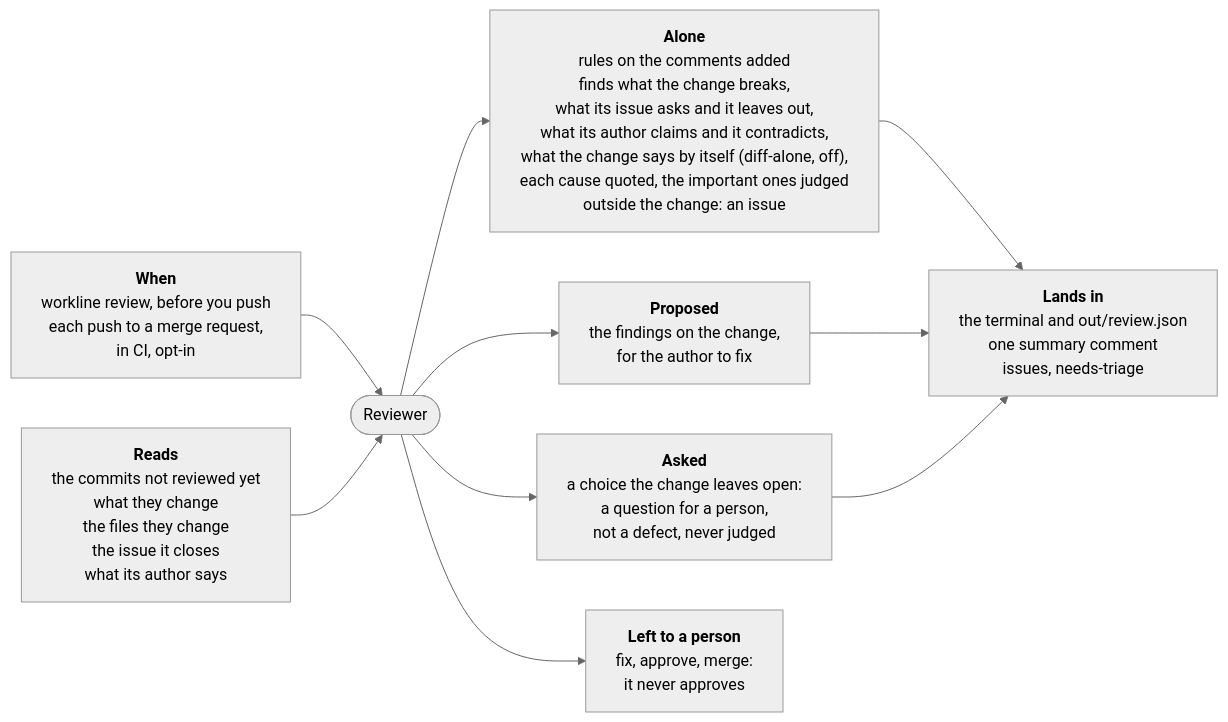
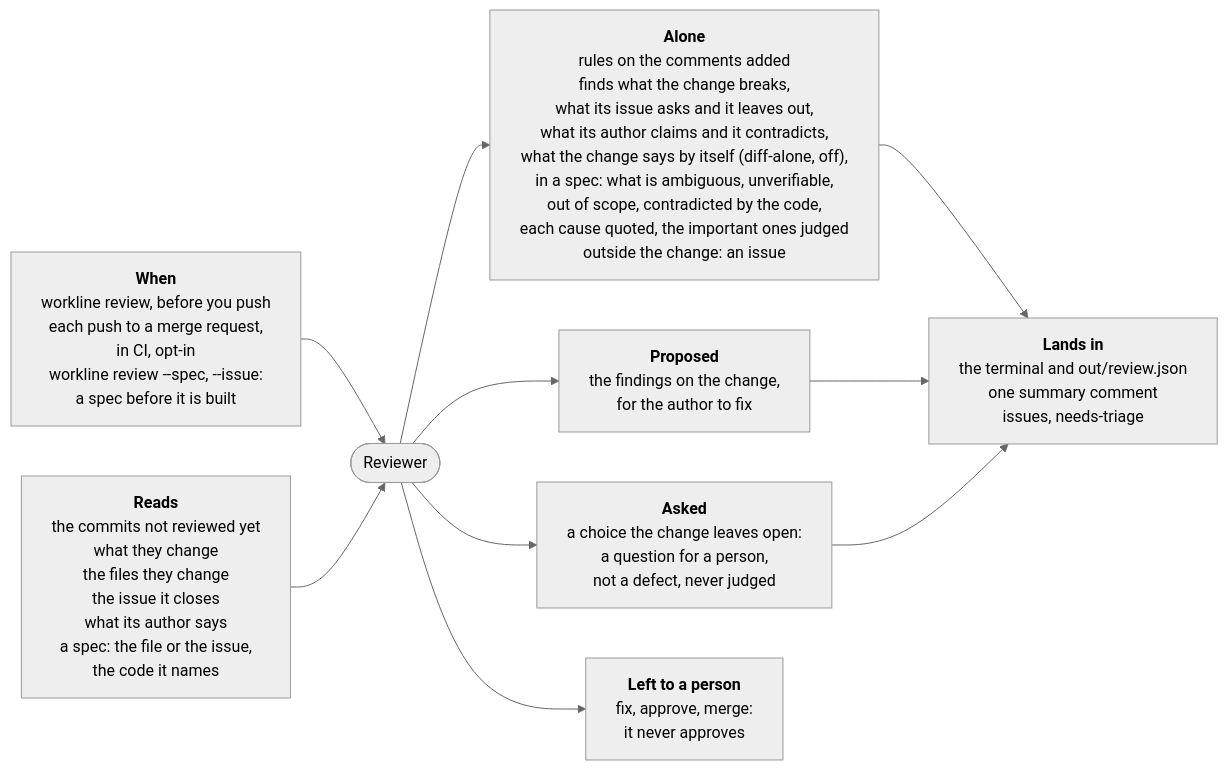
Before and after one commit to JN0V/workline: the diagram in roles/reviewer/README.md, drawn with Mermaid (neutral theme). The commit also changed other lines of this file and 48 other files, not shown here.

Commit message:
feat(reviewer): review a spec on a machine, a file or an issue (#245)

````diff
--- a/roles/reviewer/README.md
+++ b/roles/reviewer/README.md
@@ -8,18 +8,18 @@
 ```mermaid
 %%{init: {"flowchart": {"wrappingWidth": 400}}}%%
 flowchart LR
-  when["<b>When</b><br/>workline review, before you push<br/>each push to a merge request,<br/>in CI, opt-in"]
-  reads["<b>Reads</b><br/>the commits not reviewed yet<br/>what they change<br/>the files they change<br/>the issue it closes<br/>what its author says"]
+  when["<b>When</b><br/>workline review, before you push<br/>each push to a merge request,<br/>in CI, opt-in<br/>workline review --spec, --issue:<br/>a spec before it is built"]
+  reads["<b>Reads</b><br/>the commits not reviewed yet<br/>what they change<br/>the files they change<br/>the issue it closes<br/>what its author says<br/>a spec: the file or the issue,<br/>the code it names"]
   role(["Reviewer"])
-  alone["<b>Alone</b><br/>rules on the comments added<br/>finds what the change breaks,<br/>what its issue asks and it leaves out,<br/>what its author claims and it contradicts,<br/>what the change says by itself (diff-alone, off),<br/>each cause quoted, the important ones judged<br/>outside the change: an issue"]
+  alone["<b>Alone</b><br/>rules on the comments added<br/>finds what the change breaks,<br/>what its issue asks and it leaves out,<br/>what its author claims and it contradicts,<br/>what the change says by itself (diff-alone, off),<br/>in a spec: what is ambiguous, unverifiable,<br/>out of scope, contradicted by the code,<br/>each cause quoted, the important ones judged<br/>outside the change: an issue"]
   proposed["<b>Proposed</b><br/>the findings on the change,<br/>for the author to fix"]
   asked["<b>Asked</b><br/>a choice the change leaves open:<br/>a question for a person,<br/>not a defect, never judged"]
   person["<b>Left to a person</b><br/>fix, approve, merge:<br/>it never approves"]
   out["<b>Lands in</b><br/>the terminal and out/review.json<br/>one summary comment<br/>issues, needs-triage"]
   when --> role
   reads --> role
   role --> alone --> out
   role --> proposed --> out
   role --> asked --> out
   role --> person
 ```
````
